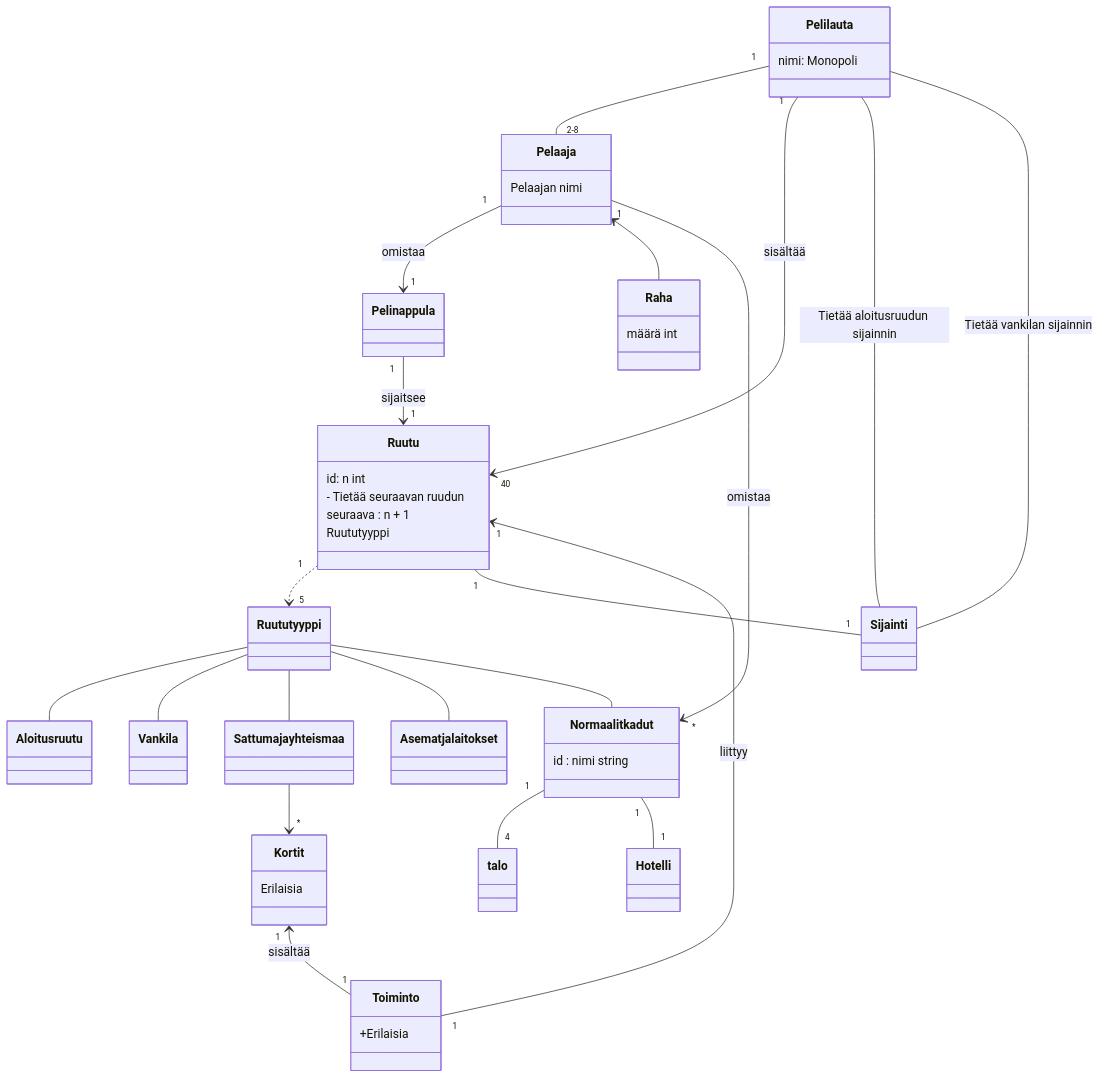
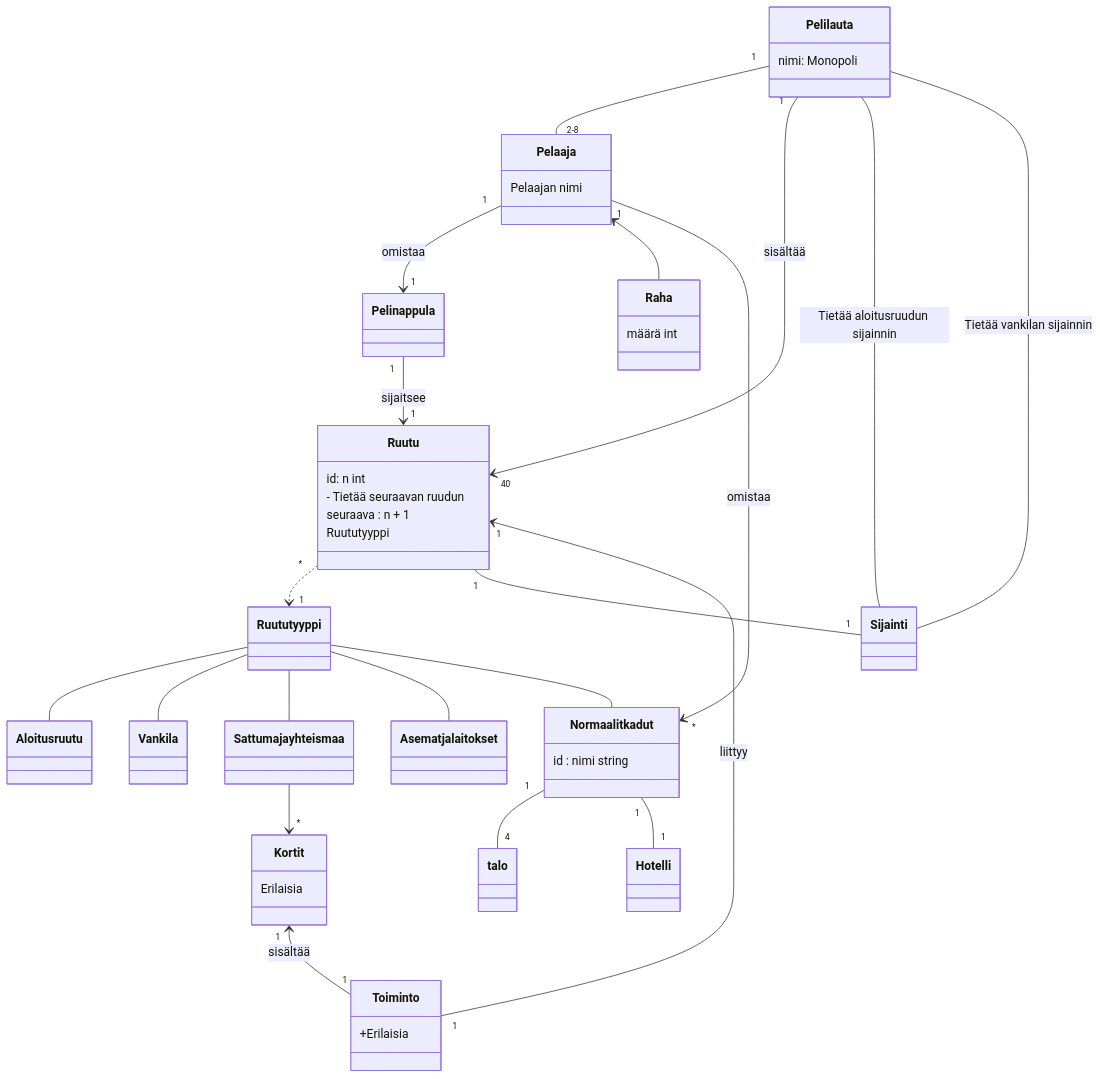
The diagram in laskarit/viikko3/monopoli.md (brotholi/ot-harjoitustyo), drawn with Mermaid before and after one commit.

````diff
--- a/laskarit/viikko3/monopoli.md
+++ b/laskarit/viikko3/monopoli.md
@@ -1,82 +1,82 @@
 ```mermaid
  classDiagram
     
     
     class Pelaaja {
         Pelaajan nimi
     }
 
     class Pelilauta {
      nimi: Monopoli 
     }
     
     
     class Ruutu {
     id: n int
     - Tietää seuraavan ruudun
     seuraava : n + 1
     Ruututyyppi 
     
     }
     
     
 
     class Normaalit kadut {
     id : nimi string
     }
          
     class Pelinappula {
     }
     
     class Toiminto {
     +Erilaisia
     }
     
     class Kortit {
     Erilaisia
     
     }
     
     class Raha {
     määrä int
     }
     
 
     Pelilauta "1" -- "2-8" Pelaaja
 
     Pelaaja "1" --> "1" Pelinappula : omistaa
     Pelilauta "1" --> "40" Ruutu : sisältää
     Pelinappula "1" --> "1" Ruutu : sijaitsee
 
-    Ruutu "1" ..> "5" Ruututyyppi 
+    Ruutu "*" ..> "1" Ruututyyppi 
     
     Ruututyyppi -- Aloitusruutu
     Ruututyyppi -- Vankila
     Ruututyyppi -- Sattuma ja yhteismaa
     Ruututyyppi -- Asemat ja laitokset
     Ruututyyppi -- Normaalit kadut
 
 
     Sattuma ja yhteismaa --> "*" Kortit
     
     Ruutu "1" -- "1" Sijainti
     
     Pelilauta -- Sijainti : Tietää aloitusruudun sijainnin
     Pelilauta -- Sijainti : Tietää vankilan sijainnin
     
     Ruutu "1" <-- "1" Toiminto : liittyy
     
     Kortit "1" <-- "1" Toiminto : sisältää
     
     Pelaaja <-- Raha
     
     Normaalit kadut "1" -- "4" talo
     Normaalit kadut "1" -- "1" Hotelli
     
     Pelaaja "1" --> "*" Normaalit kadut : omistaa
     
     
 
 
     
 ```
````
